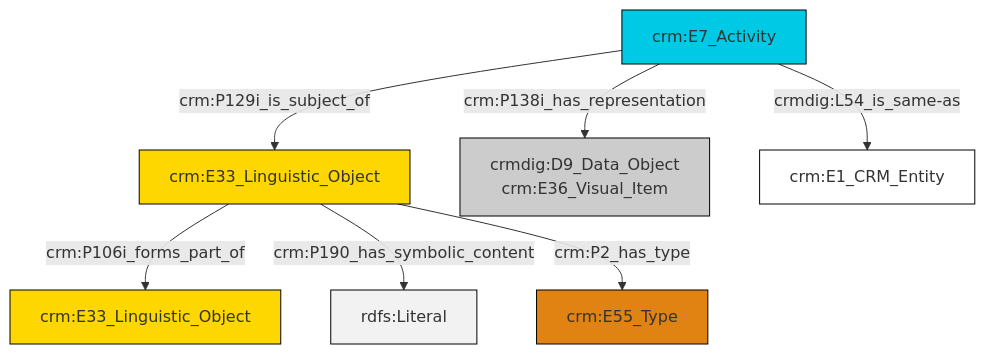
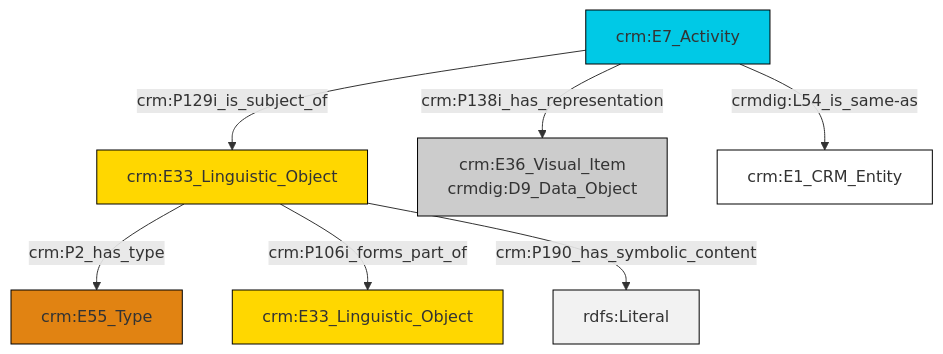
One commit to swiss-art-research-net/docs.swissartresearch changed the diagram in et/eventCSV/ttl/mmd/event_documentation.ttl.mmd. Above: the diagram before and after it, drawn with Mermaid. The commit also changed 179 other files, not shown here.

```diff
--- a/et/eventCSV/ttl/mmd/event_documentation.ttl.mmd
+++ b/et/eventCSV/ttl/mmd/event_documentation.ttl.mmd
@@ -1,21 +1,21 @@
 graph TD
 classDef Literal fill:#f2f2f2,stroke:#000000;
 classDef CRM_Entity fill:#FFFFFF,stroke:#000000;
 classDef Temporal_Entity fill:#00C9E6, stroke:#000000;
 classDef Type fill:#E18312, stroke:#000000;
 classDef Time-Span fill:#2C9C91, stroke:#000000;
 classDef Appellation fill:#FFEB7F, stroke:#000000;
 classDef Place fill:#008836, stroke:#000000;
 classDef Persistent_Item fill:#B266B2, stroke:#000000;
 classDef Conceptual_Object fill:#FFD700, stroke:#000000;
 classDef Physical_Thing fill:#D2B48C, stroke:#000000;
 classDef Actor fill:#f58aad, stroke:#000000;
 classDef PC_Classes fill:#4ce600, stroke:#000000;
 classDef Multi fill:#cccccc,stroke:#000000;
 
-6["crm:E7_Activity"]:::Temporal_Entity -->|crm:P138i_has_representation| 7["crmdig:D9_Data_Object<br>crm:E36_Visual_Item"]:::Multi
-2["crm:E33_Linguistic_Object"]:::Conceptual_Object -->|crm:P106i_forms_part_of| 4["crm:E33_Linguistic_Object"]:::Conceptual_Object
-2["crm:E33_Linguistic_Object"]:::Conceptual_Object -->|crm:P190_has_symbolic_content| 9[rdfs:Literal]:::Literal
-2["crm:E33_Linguistic_Object"]:::Conceptual_Object -->|crm:P2_has_type| 0["crm:E55_Type"]:::Type
-6["crm:E7_Activity"]:::Temporal_Entity -->|crmdig:L54_is_same-as| 11["crm:E1_CRM_Entity"]:::CRM_Entity
-6["crm:E7_Activity"]:::Temporal_Entity -->|crm:P129i_is_subject_of| 2["crm:E33_Linguistic_Object"]:::Conceptual_Object
+0["crm:E7_Activity"]:::Temporal_Entity -->|crm:P129i_is_subject_of| 1["crm:E33_Linguistic_Object"]:::Conceptual_Object
+0["crm:E7_Activity"]:::Temporal_Entity -->|crm:P138i_has_representation| 2["crm:E36_Visual_Item<br>crmdig:D9_Data_Object"]:::Multi
+1["crm:E33_Linguistic_Object"]:::Conceptual_Object -->|crm:P2_has_type| 4["crm:E55_Type"]:::Type
+1["crm:E33_Linguistic_Object"]:::Conceptual_Object -->|crm:P106i_forms_part_of| 9["crm:E33_Linguistic_Object"]:::Conceptual_Object
+1["crm:E33_Linguistic_Object"]:::Conceptual_Object -->|crm:P190_has_symbolic_content| 12[rdfs:Literal]:::Literal
+0["crm:E7_Activity"]:::Temporal_Entity -->|crmdig:L54_is_same-as| 5["crm:E1_CRM_Entity"]:::CRM_Entity
```
